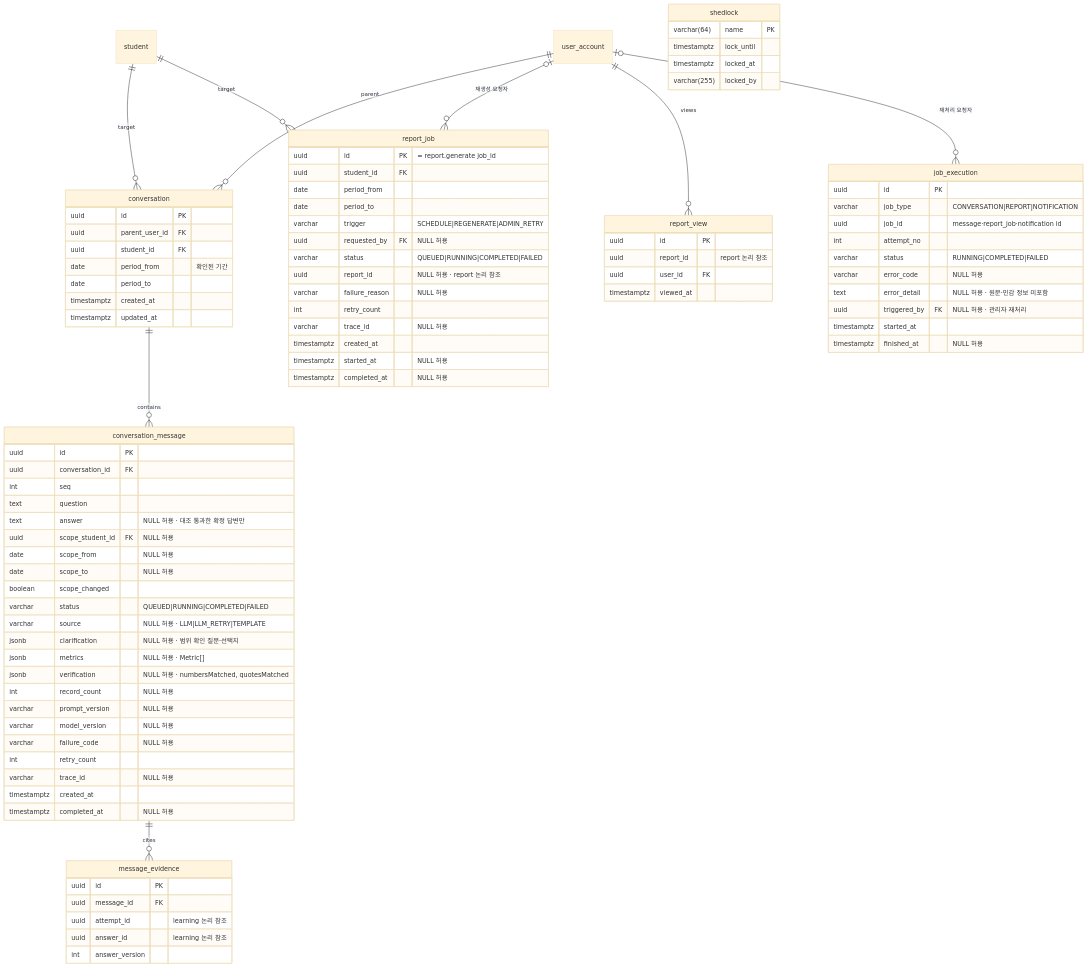
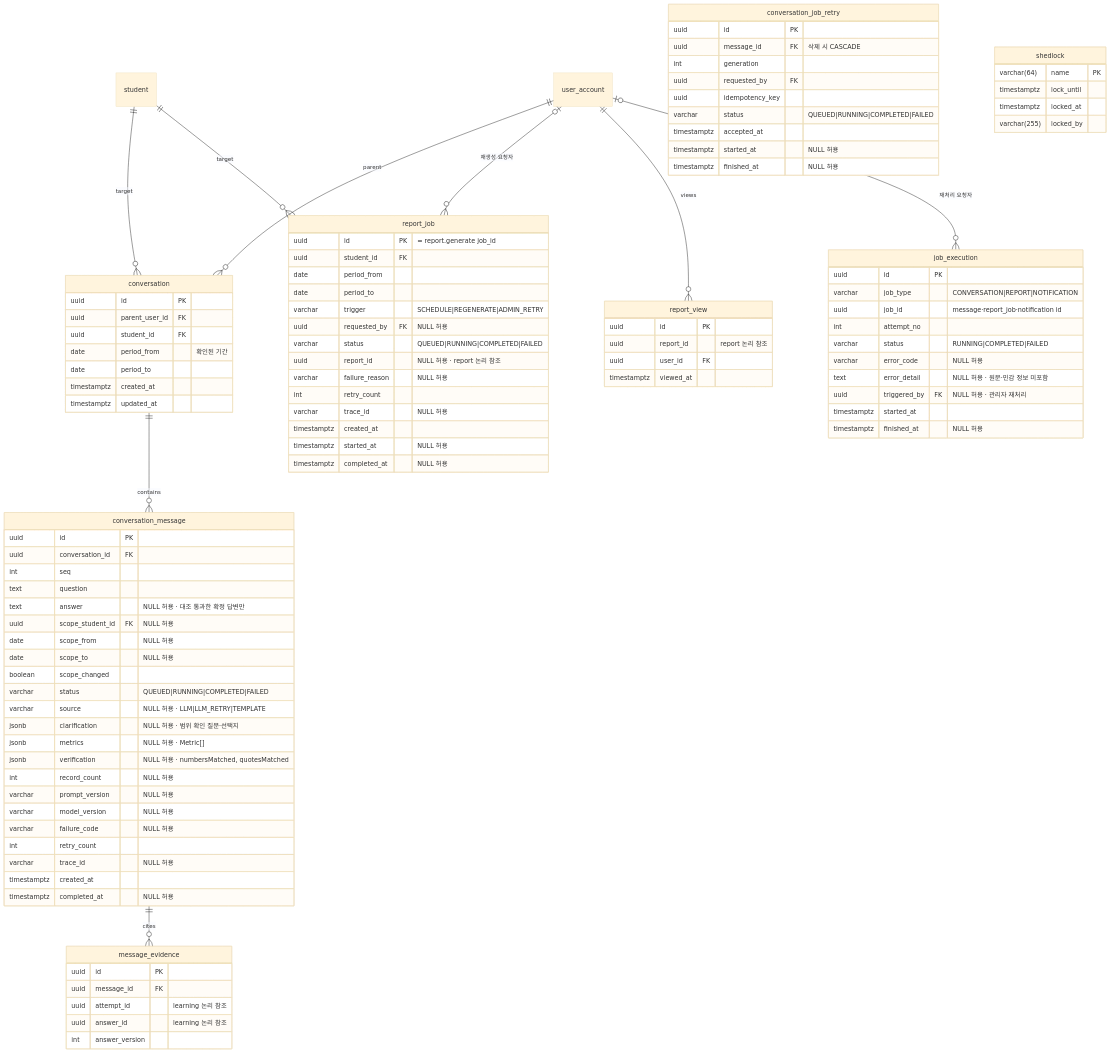
Before and after one commit to SKNETWORKS-FAMILY-AICAMP/SKN34-FINAL-3TEAM: the fourth of 11 diagrams in docs/design/erd.md, drawn with Mermaid (base theme). The commit also changed other lines of this file and 26 other files, not shown here.

```diff
--- a/docs/design/erd.md
+++ b/docs/design/erd.md
@@ -309,6 +309,17 @@
     timestamptz started_at "NULL 허용"
     timestamptz completed_at "NULL 허용"
   }
+  conversation_job_retry {
+    uuid id PK
+    uuid message_id FK "삭제 시 CASCADE"
+    int generation
+    uuid requested_by FK
+    uuid idempotency_key
+    varchar status "QUEUED|RUNNING|COMPLETED|FAILED"
+    timestamptz accepted_at
+    timestamptz started_at "NULL 허용"
+    timestamptz finished_at "NULL 허용"
+  }
   job_execution {
     uuid id PK
     varchar job_type "CONVERSATION|REPORT|NOTIFICATION"
```
